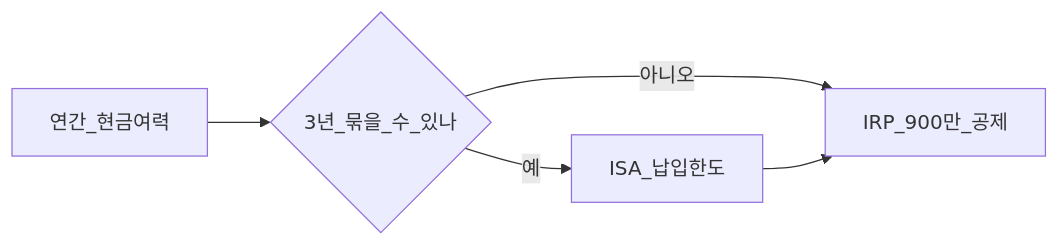
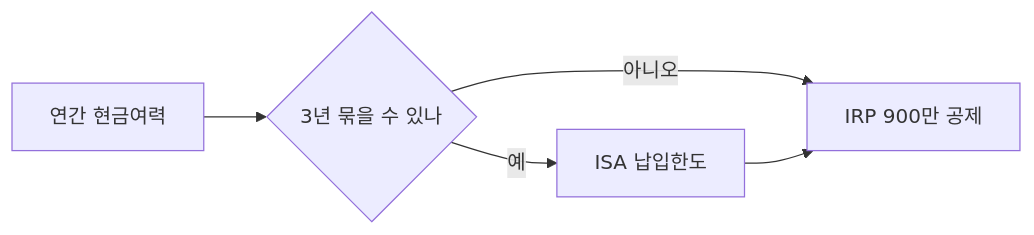
Before and after one commit to goldanghenry/Finances: the third of 3 diagrams in 06-korea-policy/tax/isa-irp-pension-tax.md, drawn with Mermaid. The commit also changed other lines of this file and 211 other files, not shown here.

````diff
--- a/06-korea-policy/tax/isa-irp-pension-tax.md
+++ b/06-korea-policy/tax/isa-irp-pension-tax.md
@@ -207,7 +225,7 @@
 ```mermaid
 flowchart LR
-  Pay[연간_현금여력] --> ISAq{3년_묶을_수_있나}
-  ISAq -->|예| ISA[ISA_납입한도]
-  ISAq -->|아니오| IRP[IRP_900만_공제]
+  Pay["연간 현금여력"] --> ISAq{"3년 묶을 수 있나"}
+  ISAq -->|예| ISA["ISA 납입한도"]
+  ISAq -->|아니오| IRP["IRP 900만 공제"]
   ISA --> IRP
 ```
````
